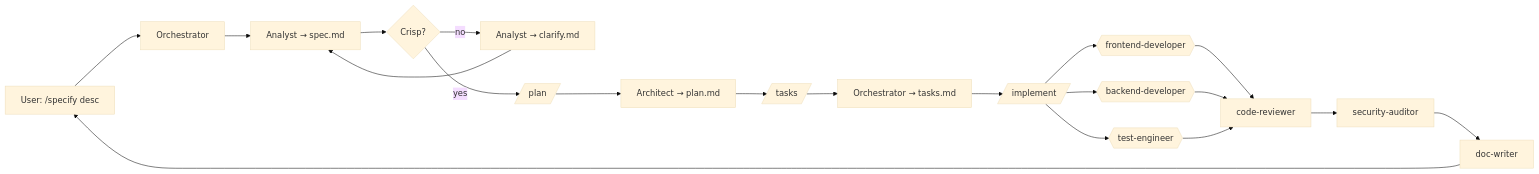
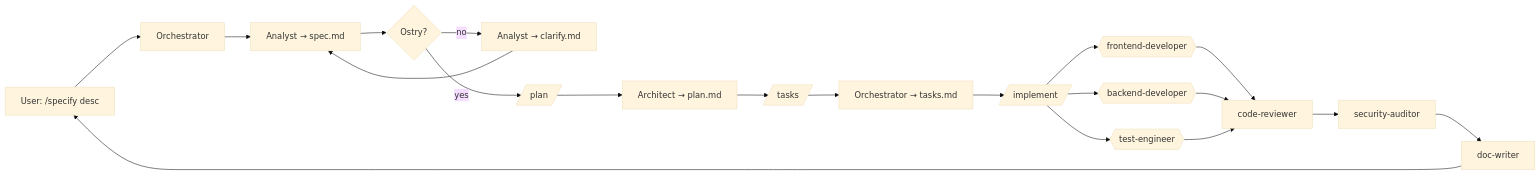
One commit to nowiro/ai-studio changed the diagram in .ai/workflows/spec-driven.md. Above: the diagram before and after it, drawn with Mermaid (base theme). The commit also changed other lines of this file and 6 other files, not shown here.

````diff
--- a/.ai/workflows/spec-driven.md
+++ b/.ai/workflows/spec-driven.md
@@ -153,20 +153,20 @@
 ```mermaid
 flowchart LR
     U[User: /specify desc] --> O1[Orchestrator]
     O1 --> A1[Analyst → spec.md]
-    A1 --> Q{Crisp?}
+    A1 --> Q{Ostry?}
     Q -- no --> CL[Analyst → clarify.md]
     CL --> A1
     Q -- yes --> O2[/plan/]
     O2 --> AR[Architect → plan.md]
     AR --> O3[/tasks/]
     O3 --> OT[Orchestrator → tasks.md]
     OT --> O4[/implement/]
     O4 --> S{{frontend-developer}}
     O4 --> B{{backend-developer}}
     O4 --> T{{test-engineer}}
     S & B & T --> CR[code-reviewer]
     CR --> SA[security-auditor]
     SA --> DW[doc-writer]
     DW --> U
 ```
````
